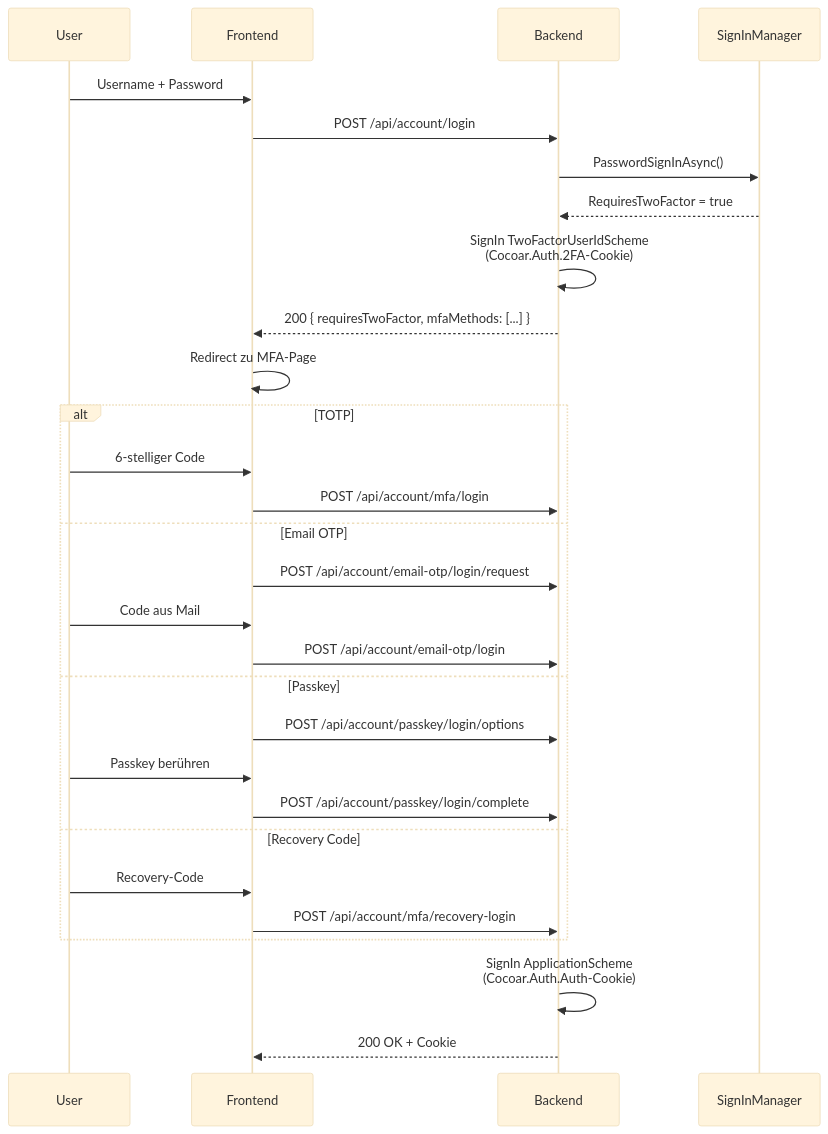
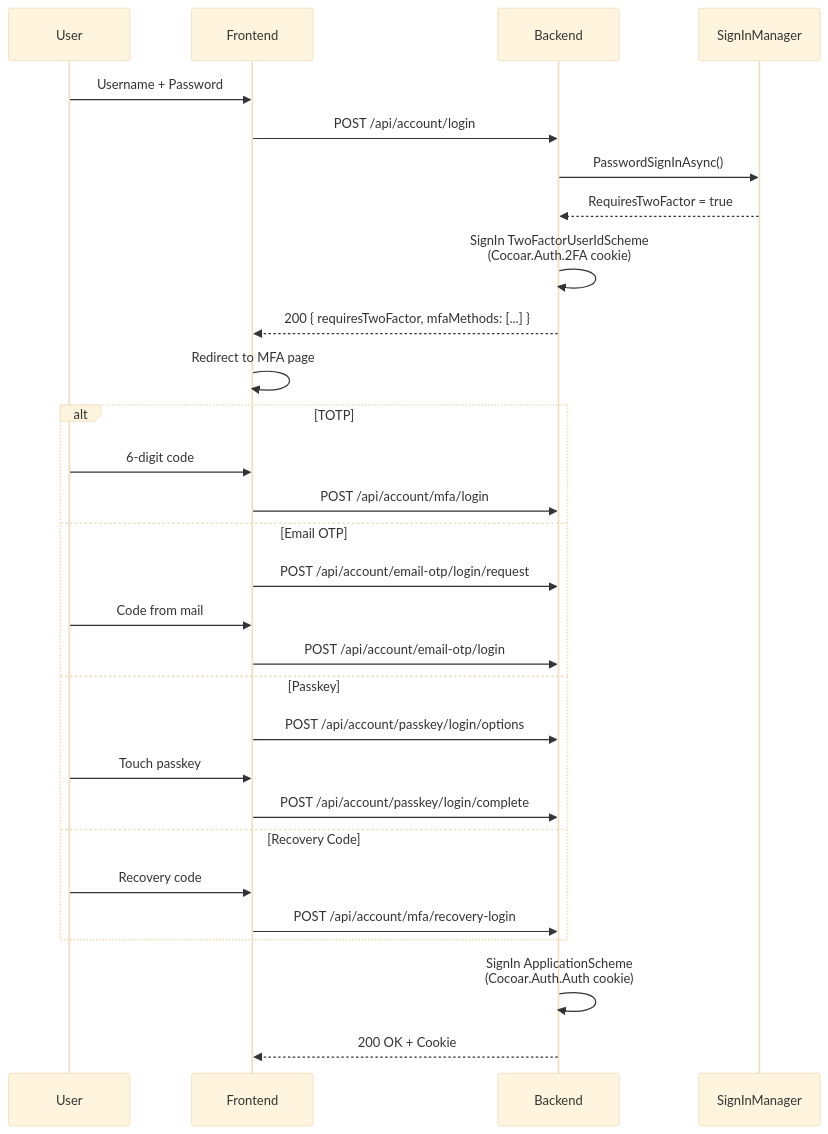
Before and after one commit to cocoar-dev/modgud: the diagram in website/guide/two-factor.md, drawn with Mermaid (base theme). The commit also changed other lines of this file and 33 other files, not shown here.

````diff
--- a/website/guide/two-factor.md
+++ b/website/guide/two-factor.md
@@ -18,34 +17,34 @@
 ```mermaid
 sequenceDiagram
     participant User
     participant Frontend
     participant Backend
     participant SignInManager
 
     User->>Frontend: Username + Password
     Frontend->>Backend: POST /api/account/login
     Backend->>SignInManager: PasswordSignInAsync()
     SignInManager-->>Backend: RequiresTwoFactor = true
-    Backend->>Backend: SignIn TwoFactorUserIdScheme<br/>(Cocoar.Auth.2FA-Cookie)
+    Backend->>Backend: SignIn TwoFactorUserIdScheme<br/>(Cocoar.Auth.2FA cookie)
     Backend-->>Frontend: 200 { requiresTwoFactor, mfaMethods: [...] }
-    Frontend->>Frontend: Redirect zu MFA-Page
+    Frontend->>Frontend: Redirect to MFA page
 
     alt TOTP
-        User->>Frontend: 6-stelliger Code
+        User->>Frontend: 6-digit code
         Frontend->>Backend: POST /api/account/mfa/login
     else Email OTP
         Frontend->>Backend: POST /api/account/email-otp/login/request
-        User->>Frontend: Code aus Mail
+        User->>Frontend: Code from mail
         Frontend->>Backend: POST /api/account/email-otp/login
     else Passkey
         Frontend->>Backend: POST /api/account/passkey/login/options
-        User->>Frontend: Passkey berühren
+        User->>Frontend: Touch passkey
         Frontend->>Backend: POST /api/account/passkey/login/complete
     else Recovery Code
-        User->>Frontend: Recovery-Code
+        User->>Frontend: Recovery code
         Frontend->>Backend: POST /api/account/mfa/recovery-login
     end
 
-    Backend->>Backend: SignIn ApplicationScheme<br/>(Cocoar.Auth.Auth-Cookie)
+    Backend->>Backend: SignIn ApplicationScheme<br/>(Cocoar.Auth.Auth cookie)
     Backend-->>Frontend: 200 OK + Cookie
 ```
````
